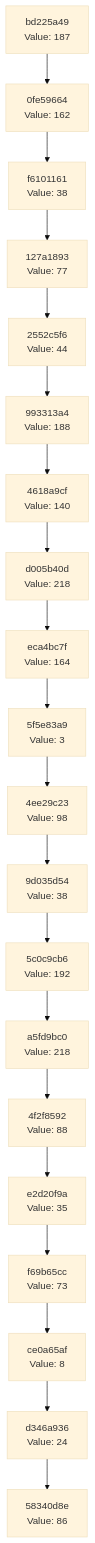
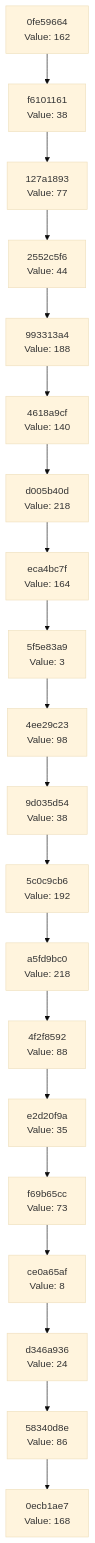
One commit to Abhisheksinha1506/hash-chain-evolver changed the diagram in docs/CHAIN_VISUALIZATION.md. Above: the diagram before and after it, drawn with Mermaid (base theme). The commit also changed 3 other files, not shown here.

````diff
--- a/docs/CHAIN_VISUALIZATION.md
+++ b/docs/CHAIN_VISUALIZATION.md
@@ -3,42 +3,42 @@
 ```mermaid
 graph TD
-    C0["58340d8e<br/>Value: 86"]
-    C1["d346a936<br/>Value: 24"]
+    C0["0ecb1ae7<br/>Value: 168"]
+    C1["58340d8e<br/>Value: 86"]
     C1 --> C0
-    C2["ce0a65af<br/>Value: 8"]
+    C2["d346a936<br/>Value: 24"]
     C2 --> C1
-    C3["f69b65cc<br/>Value: 73"]
+    C3["ce0a65af<br/>Value: 8"]
     C3 --> C2
-    C4["e2d20f9a<br/>Value: 35"]
+    C4["f69b65cc<br/>Value: 73"]
     C4 --> C3
-    C5["4f2f8592<br/>Value: 88"]
+    C5["e2d20f9a<br/>Value: 35"]
     C5 --> C4
-    C6["a5fd9bc0<br/>Value: 218"]
+    C6["4f2f8592<br/>Value: 88"]
     C6 --> C5
-    C7["5c0c9cb6<br/>Value: 192"]
+    C7["a5fd9bc0<br/>Value: 218"]
     C7 --> C6
-    C8["9d035d54<br/>Value: 38"]
+    C8["5c0c9cb6<br/>Value: 192"]
     C8 --> C7
-    C9["4ee29c23<br/>Value: 98"]
+    C9["9d035d54<br/>Value: 38"]
     C9 --> C8
-    C10["5f5e83a9<br/>Value: 3"]
+    C10["4ee29c23<br/>Value: 98"]
     C10 --> C9
-    C11["eca4bc7f<br/>Value: 164"]
+    C11["5f5e83a9<br/>Value: 3"]
     C11 --> C10
-    C12["d005b40d<br/>Value: 218"]
+    C12["eca4bc7f<br/>Value: 164"]
     C12 --> C11
-    C13["4618a9cf<br/>Value: 140"]
+    C13["d005b40d<br/>Value: 218"]
     C13 --> C12
-    C14["993313a4<br/>Value: 188"]
+    C14["4618a9cf<br/>Value: 140"]
     C14 --> C13
-    C15["2552c5f6<br/>Value: 44"]
+    C15["993313a4<br/>Value: 188"]
     C15 --> C14
-    C16["127a1893<br/>Value: 77"]
+    C16["2552c5f6<br/>Value: 44"]
     C16 --> C15
-    C17["f6101161<br/>Value: 38"]
+    C17["127a1893<br/>Value: 77"]
     C17 --> C16
-    C18["0fe59664<br/>Value: 162"]
+    C18["f6101161<br/>Value: 38"]
     C18 --> C17
-    C19["bd225a49<br/>Value: 187"]
+    C19["0fe59664<br/>Value: 162"]
     C19 --> C18
 ```
````
